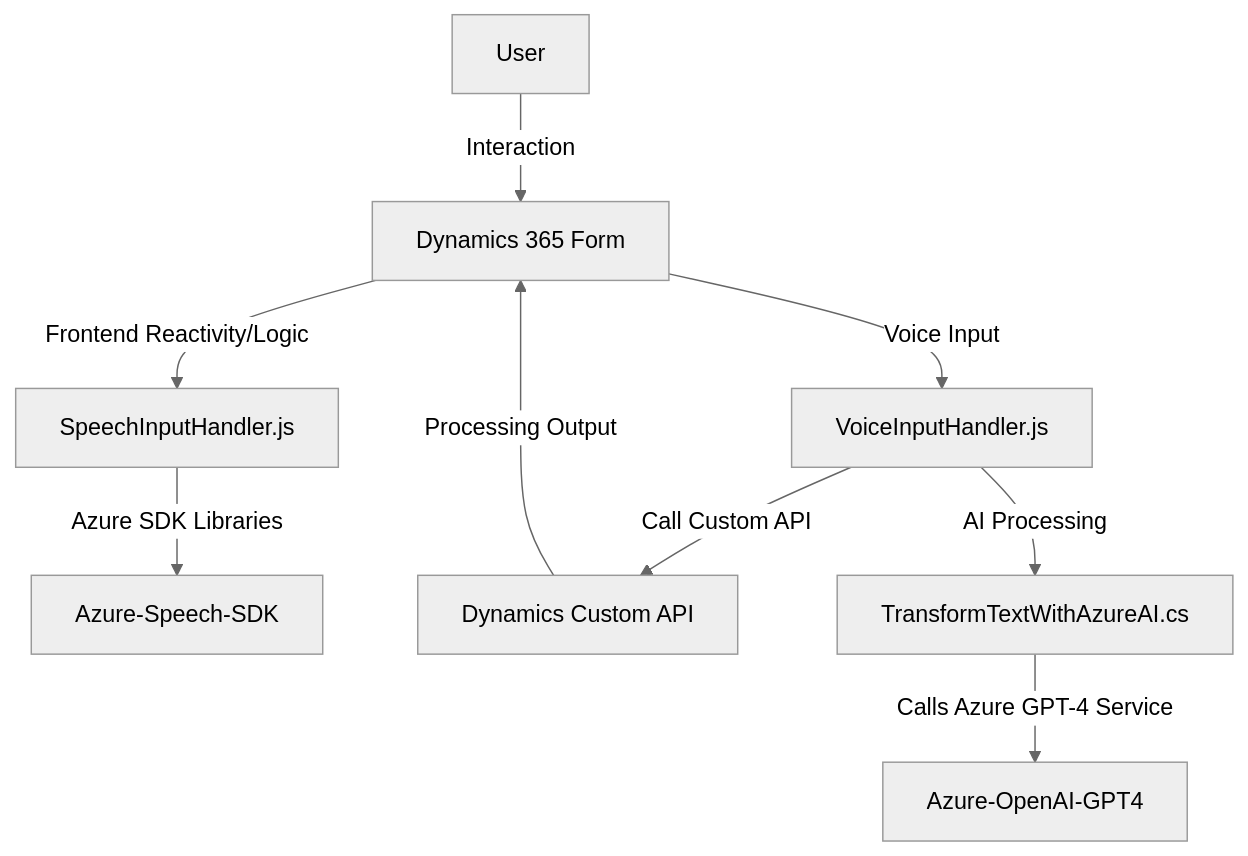
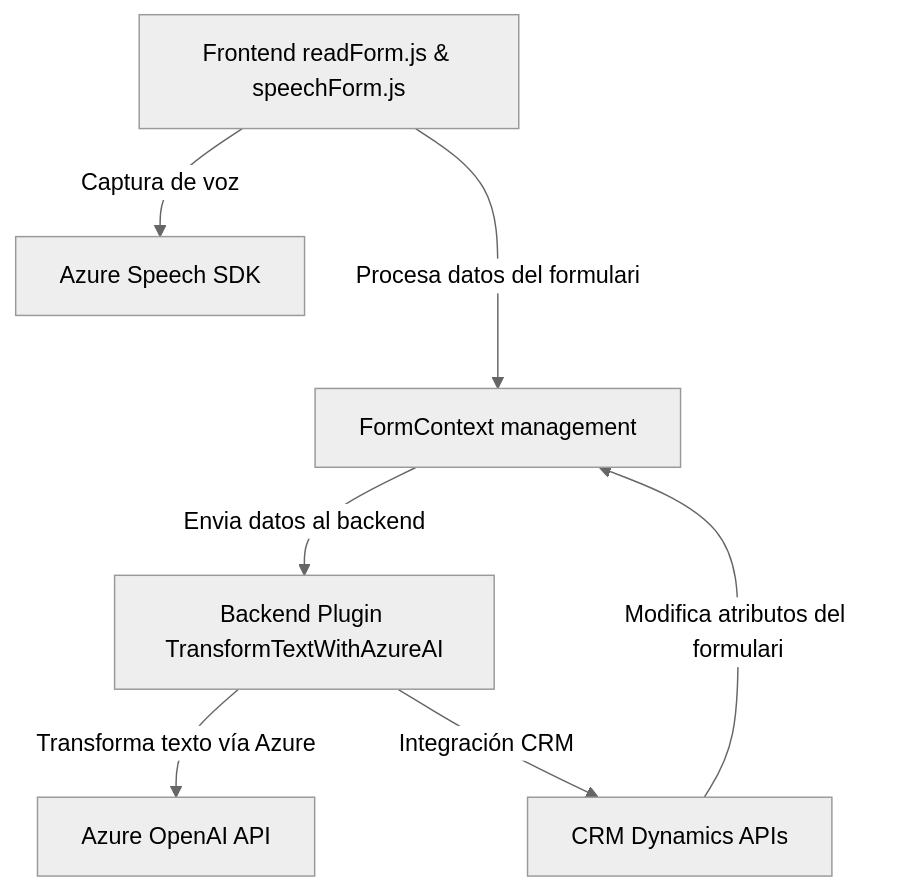
One commit to blopezdm/NETCORE_BILBAO2025 changed the diagram in README.md. Above: the diagram before and after it, drawn with Mermaid (neutral theme). The commit also changed other lines of this file, not shown here.

````diff
--- a/README.md
+++ b/README.md
@@ -48,12 +26,16 @@
 ```mermaid
 graph TD
-    A[User] -->|Interaction| B["Dynamics 365 Form"]
-    B -->|Frontend Reactivity/Logic| C["SpeechInputHandler.js"]
-    B -->|Voice Input| D["VoiceInputHandler.js"]
-    C -->|Azure SDK Libraries| E["Azure-Speech-SDK"]
-    D -->|Call Custom API| F["Dynamics Custom API"]
-    F -->|Processing Output| B
-    D -->|AI Processing| G["TransformTextWithAzureAI.cs"]
-    G -->|Calls Azure GPT-4 Service| H["Azure-OpenAI-GPT4"]
-    
+    A["Frontend readForm.js & speechForm.js"]
+    B["Backend Plugin TransformTextWithAzureAI"]
+    C["Azure Speech SDK"]
+    D["Azure OpenAI API"]
+    E["FormContext management"]
+    F["CRM Dynamics APIs"]
+
+    A --Captura de voz--> C
+    A --Procesa datos del formulario--> E
+    E --Envia datos al backend--> B
+    B --Transforma texto vía Azure--> D
+    B --Integración CRM--> F
+    F --Modifica atributos del formulario--> E
 ```
````
